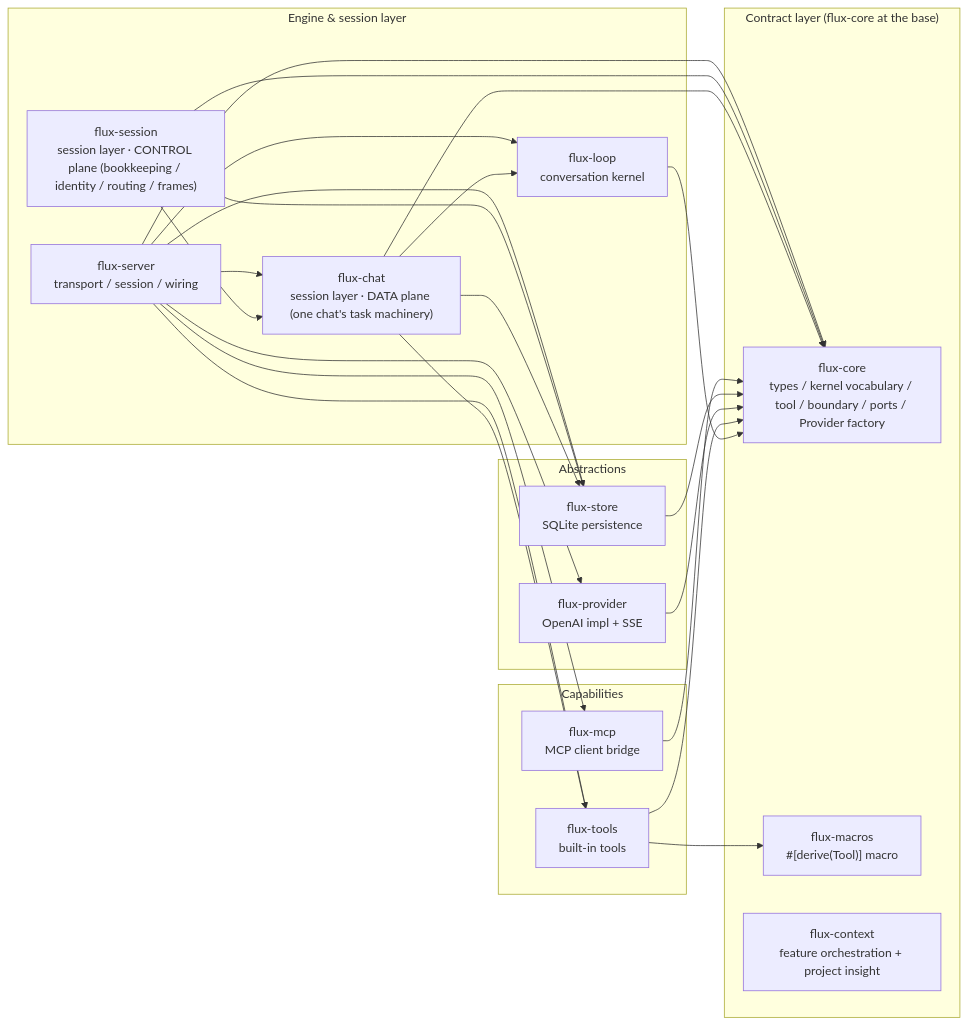
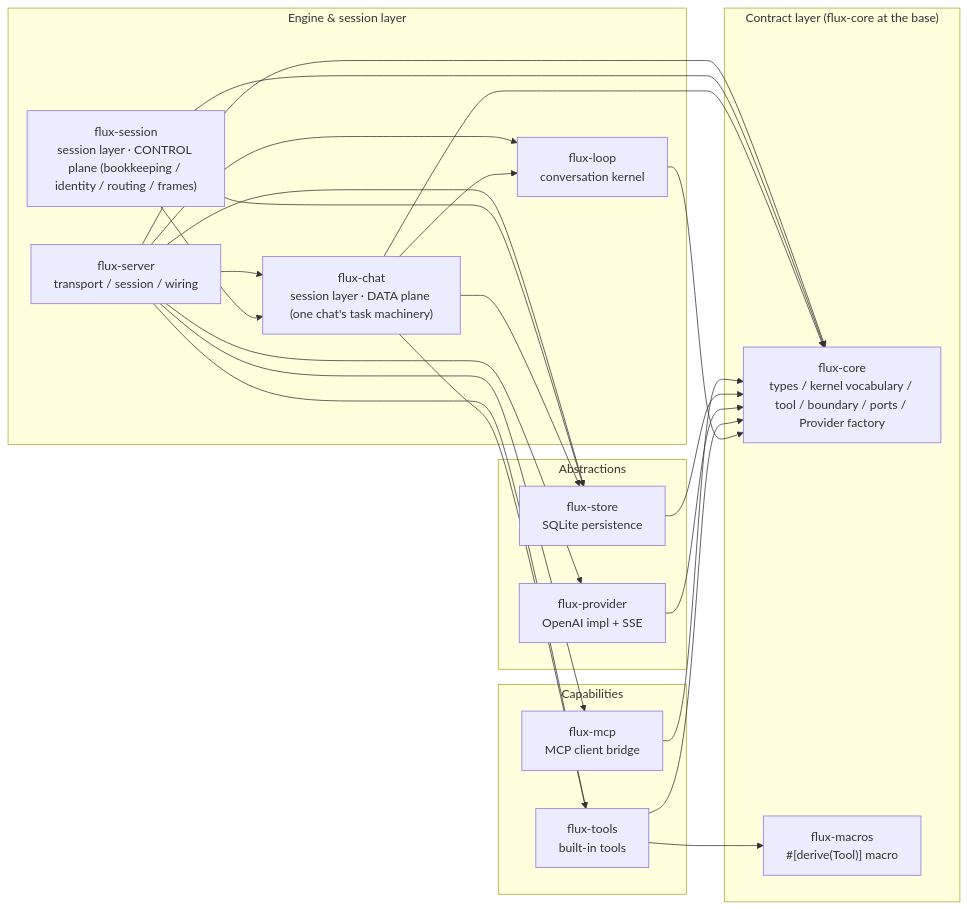
One commit to km0e/flux changed the second of 8 diagrams in docs/architecture-en.md. Above: the diagram before and after it, drawn with Mermaid. The commit also changed other lines of this file and 69 other files, not shown here.

````diff
--- a/docs/architecture-en.md
+++ b/docs/architecture-en.md
@@ -66,42 +65,41 @@
 ```mermaid
 graph LR
  subgraph L0["Contract layer (flux-core at the base)"]
  CORE["flux-core<br/>types / kernel vocabulary / tool / boundary / ports / Provider factory"]
  DERIVE["flux-macros<br/>#[derive(Tool)] macro"]
- CTX["flux-context<br/>feature orchestration + project insight"]
  end
  subgraph L1["Abstractions"]
  PROVIDER["flux-provider<br/>OpenAI impl + SSE"]
  STORE["flux-store<br/>SQLite persistence"]
  end
  subgraph L2["Capabilities"]
  TOOLS["flux-tools<br/>built-in tools"]
  MCP["flux-mcp<br/>MCP client bridge"]
  end
  subgraph L3["Engine & session layer"]
  LOOP["flux-loop<br/>conversation kernel"]
  CHAT["flux-chat<br/>session layer · DATA plane (one chat's task machinery)"]
  SESSION["flux-session<br/>session layer · CONTROL plane (bookkeeping / identity / routing / frames)"]
  SERVER["flux-server<br/>transport / session / wiring"]
  end
  LOOP --> CORE
  TOOLS --> CORE
  TOOLS --> DERIVE
  PROVIDER --> CORE
  STORE --> CORE
  MCP --> CORE
  CHAT --> CORE
  CHAT --> STORE
  CHAT --> LOOP
  CHAT --> TOOLS
  SESSION --> CORE
  SESSION --> CHAT
  SESSION --> STORE
  SERVER --> CORE
  SERVER --> PROVIDER
  SERVER --> TOOLS
  SERVER --> MCP
  SERVER --> STORE
  SERVER --> CHAT
  SERVER --> LOOP
 ```
````
